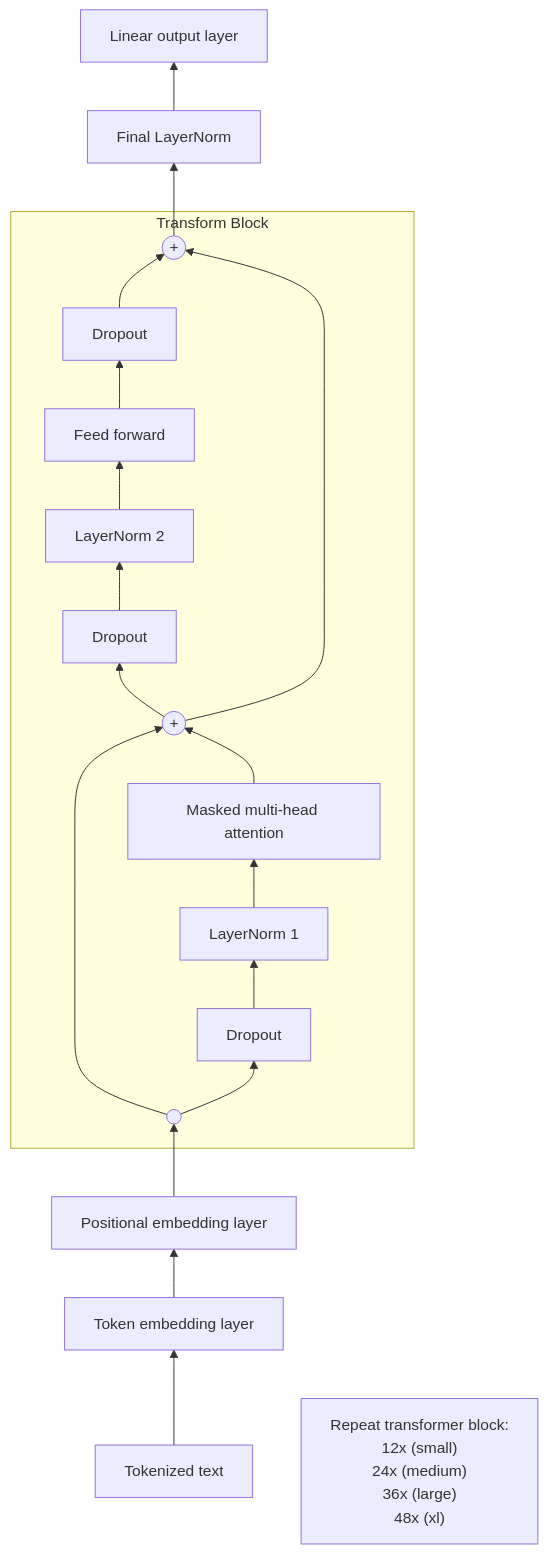
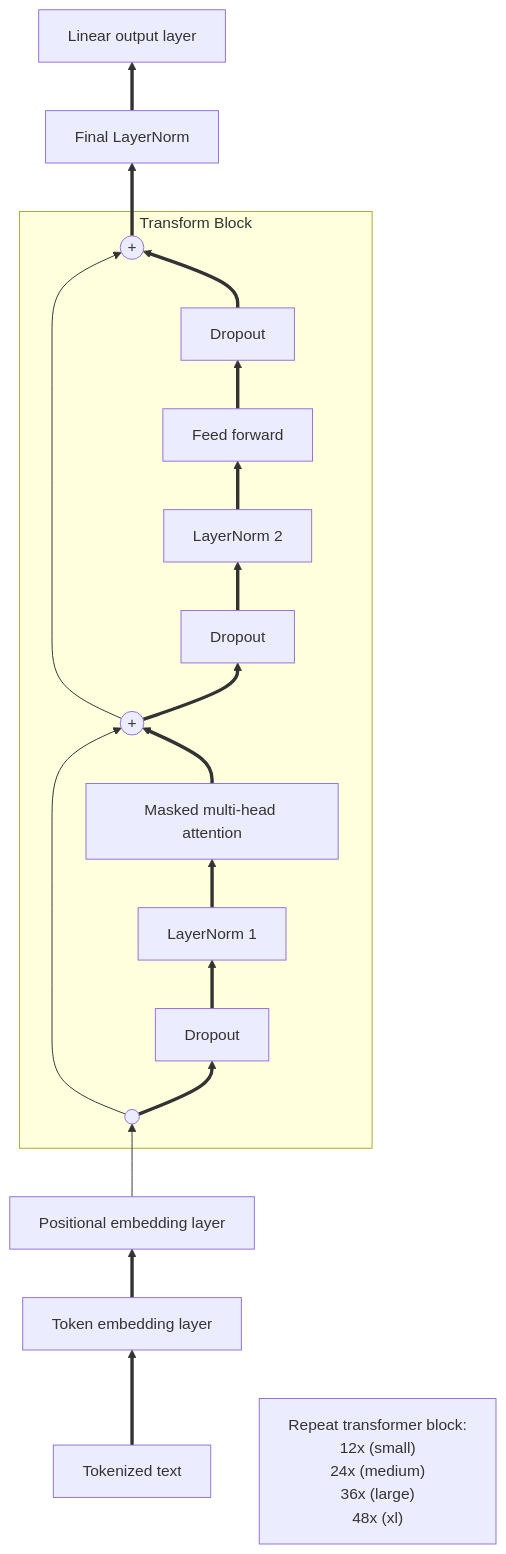
Before and after one commit to ati-ozgur/course-nn-deep-learning: the diagram in course-notes/figures/GPT2.mermaid, drawn with Mermaid.

Commit message:
change connections

```diff
--- a/course-notes/figures/GPT2.mermaid
+++ b/course-notes/figures/GPT2.mermaid
@@ -1,35 +1,36 @@
 flowchart BT
     T["Tokenized text"]
     TEL["Token embedding layer"]
     PEL["Positional embedding layer"]
     SC1((" "))
     D1["Dropout"]
     LN1["LayerNorm 1"]
     MHA["Masked multi-head attention"]
     D2["Dropout"]
     SC2(("+"))
     LN2["LayerNorm 2"]
     FF["Feed forward"]
     D3["Dropout"]
     SC3(("+"))
     LNF["Final LayerNorm"]
     LOL["Linear output layer"]
 
-    T --> TEL 
-    TEL --> PEL --> SC1
+    T ==>  TEL 
+    TEL ==>  PEL -->  SC1
     %% Group repeated transformer block
     subgraph TransformerBlock["Transform Block"]
-        SC1 --> D1
-        SC1 --> SC2
-        D1 --> LN1 --> MHA
-        MHA --> SC2
-        SC2 --> D2 --> LN2
-        LN2 --> FF --> D3
-        D3 --> SC3
-        SC2 --> SC3
+        SC1 ==>  D1
+        SC1 -->  SC2
+        SC2 -->  SC3
+
+        D1 ==>  LN1 ==>  MHA
+        MHA ==>  SC2
+        SC2 ==>  D2 ==>  LN2
+        LN2 ==>  FF ==>  D3
+        D3 ==>  SC3
     end
 
-    SC3 --> LNF
-    LNF --> LOL
+    SC3 ==>  LNF
+    LNF ==>  LOL
 
 Note2["Repeat transformer block:\n 12x (small)\n 24x (medium)\n 36x (large)\n 48x (xl)"]
```
